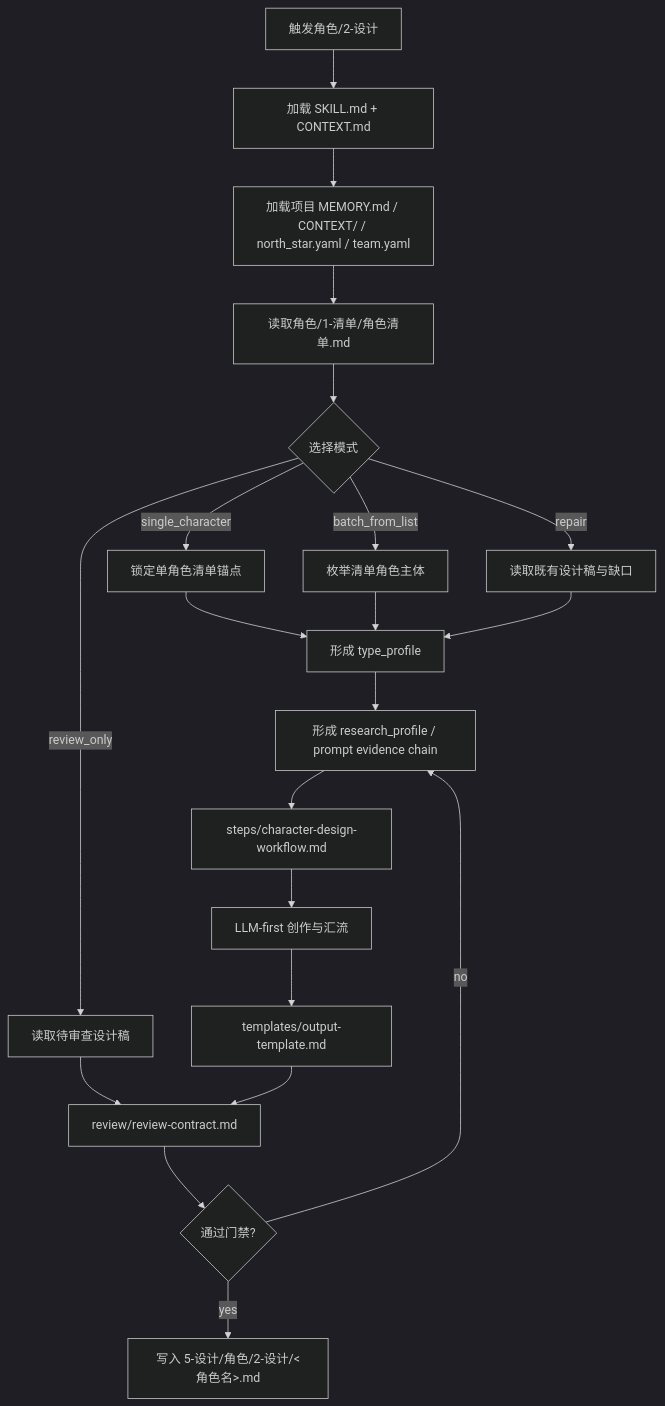
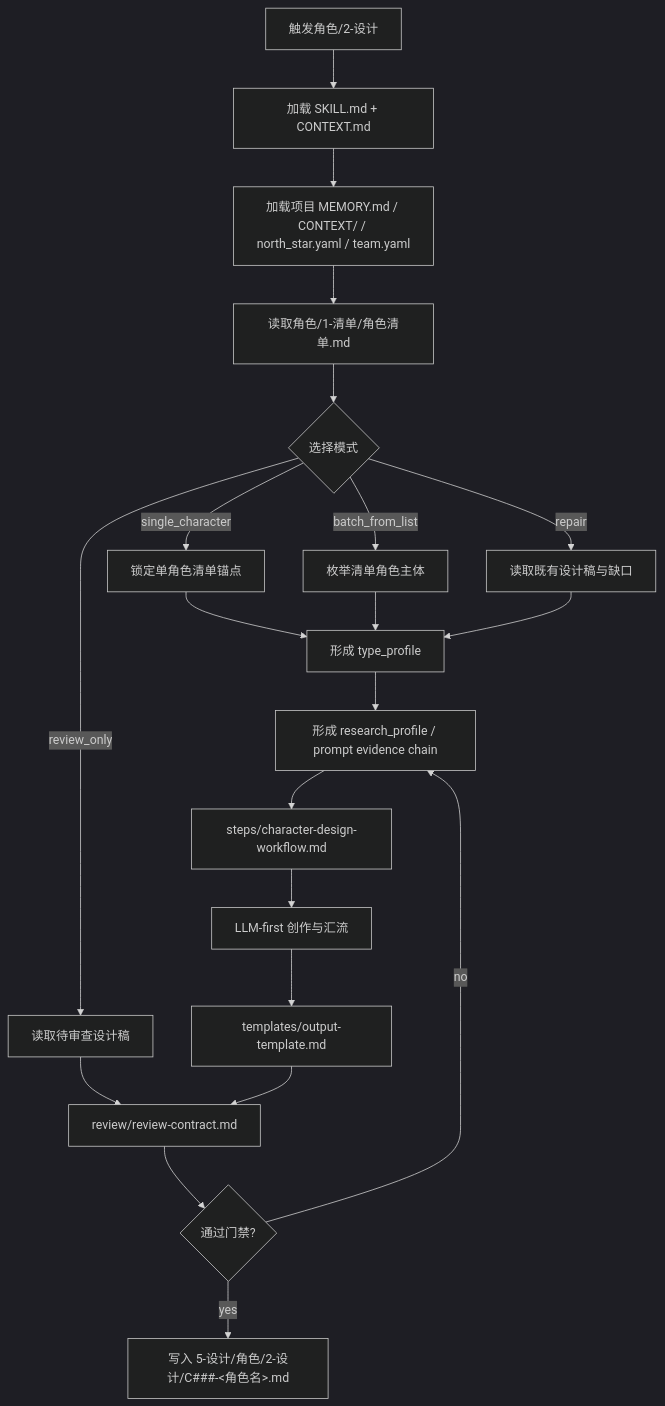
One commit to ZEN-VOID/AI-CUT changed the first of 3 diagrams in .agents/skills/aigc/5-设计/角色/2-设计/SKILL.md. Above: the diagram before and after it, drawn with Mermaid (dark theme). The commit also changed other lines of this file and 106 other files, not shown here.

````diff
--- a/.agents/skills/aigc/5-设计/角色/2-设计/SKILL.md
+++ b/.agents/skills/aigc/5-设计/角色/2-设计/SKILL.md
@@ -99,23 +99,23 @@
 ```mermaid
 flowchart TD
     A["触发角色/2-设计"] --> B["加载 SKILL.md + CONTEXT.md"]
     B --> C["加载项目 MEMORY.md / CONTEXT/ / north_star.yaml / team.yaml"]
     C --> D["读取角色/1-清单/角色清单.md"]
     D --> E{"选择模式"}
     E -->|"single_character"| F["锁定单角色清单锚点"]
     E -->|"batch_from_list"| G["枚举清单角色主体"]
     E -->|"repair"| H["读取既有设计稿与缺口"]
     E -->|"review_only"| I["读取待审查设计稿"]
     F --> J["形成 type_profile"]
     G --> J
     H --> J
     I --> N["review/review-contract.md"]
     J --> K["形成 research_profile / prompt evidence chain"]
     K --> L["steps/character-design-workflow.md"]
     L --> Q["LLM-first 创作与汇流"]
     Q --> M["templates/output-template.md"]
     M --> N
     N --> O{"通过门禁?"}
-    O -->|"yes"| P["写入 5-设计/角色/2-设计/<角色名>.md"]
+    O -->|"yes"| P["写入 5-设计/角色/2-设计/C###-<角色名>.md"]
     O -->|"no"| K
 ```
````
